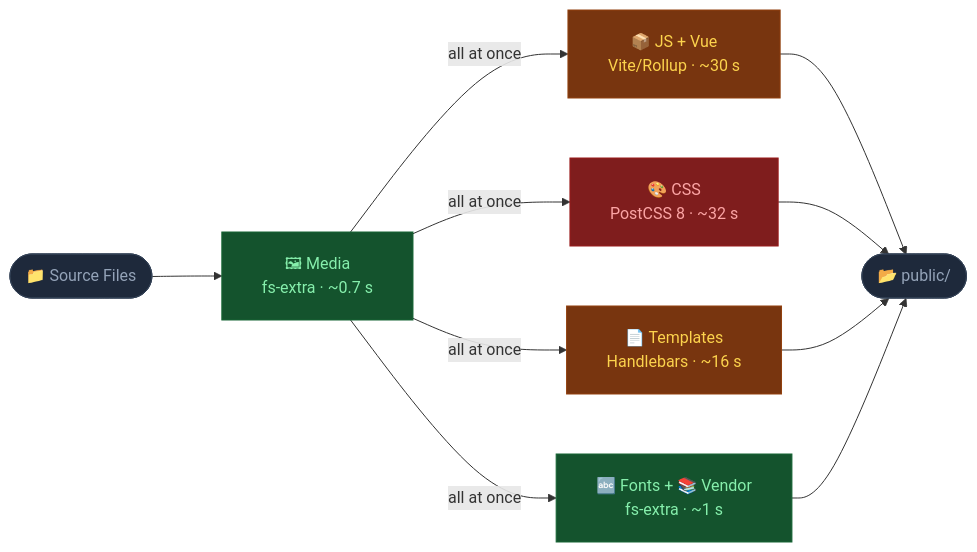
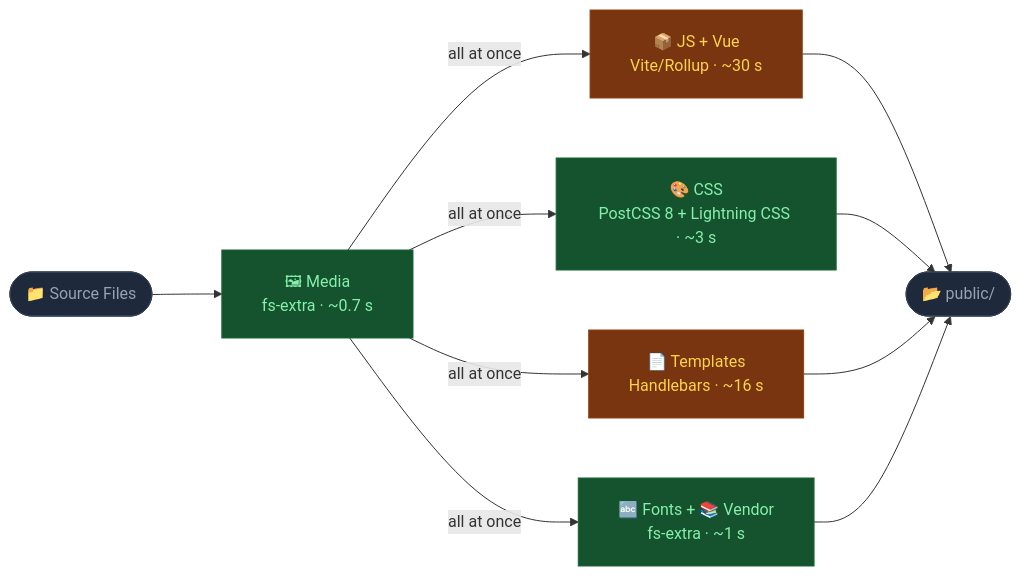
The second of 5 diagrams in CLAY-VITE.md (clay/claycli), drawn with Mermaid before and after one commit. The commit also changed other lines of this file and 8 other files, not shown here.

````diff
--- a/CLAY-VITE.md
+++ b/CLAY-VITE.md
@@ -237,21 +239,21 @@
 ```mermaid
 %%{init: {'flowchart': {'nodeSpacing': 60, 'rankSpacing': 70, 'padding': 20}}}%%
 flowchart LR
     SRC(["📁 Source Files"]):::src
 
     N0["🖼 Media<br/>fs-extra · ~0.7 s"]:::fast
     N1["📦 JS + Vue<br/>Vite/Rollup · ~30 s"]:::med
-    N2["🎨 CSS<br/>PostCSS 8 · ~32 s"]:::slow
+    N2["🎨 CSS<br/>PostCSS 8 + Lightning CSS · ~3 s"]:::fast
     N3["📄 Templates<br/>Handlebars · ~16 s"]:::med
     N4["🔤 Fonts + 📚 Vendor<br/>fs-extra · ~1 s"]:::fast
 
     OUT(["📂 public/"]):::out
 
     SRC --> N0 -->|"all at once"| N1 & N2 & N3 & N4 --> OUT
 
     classDef src   fill:#1e293b,color:#94a3b8,stroke:#334155
     classDef out   fill:#1e293b,color:#94a3b8,stroke:#334155
     classDef slow  fill:#7f1d1d,color:#fca5a5,stroke:#991b1b
     classDef med   fill:#78350f,color:#fcd34d,stroke:#92400e
     classDef fast  fill:#14532d,color:#86efac,stroke:#166534
 ```
````
